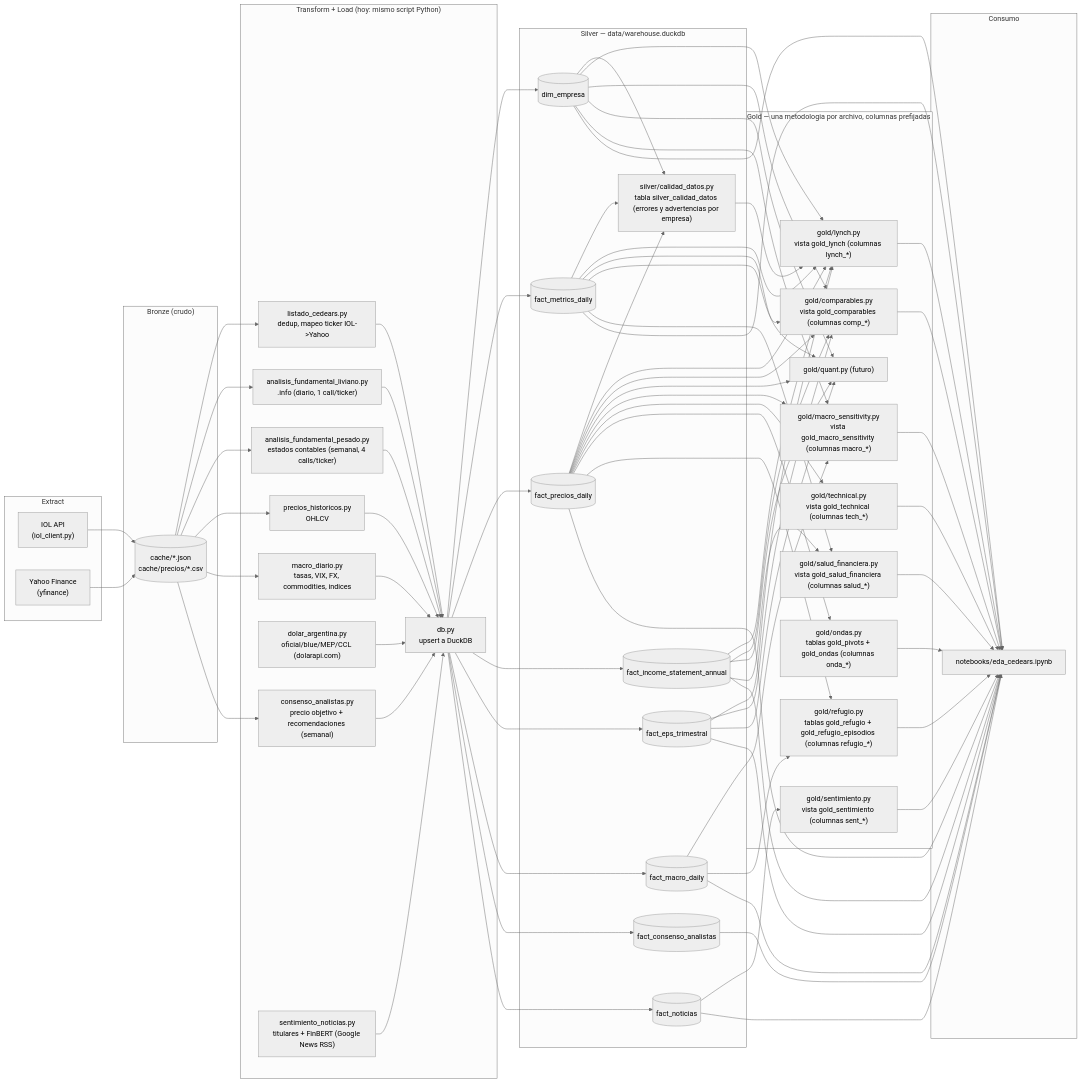
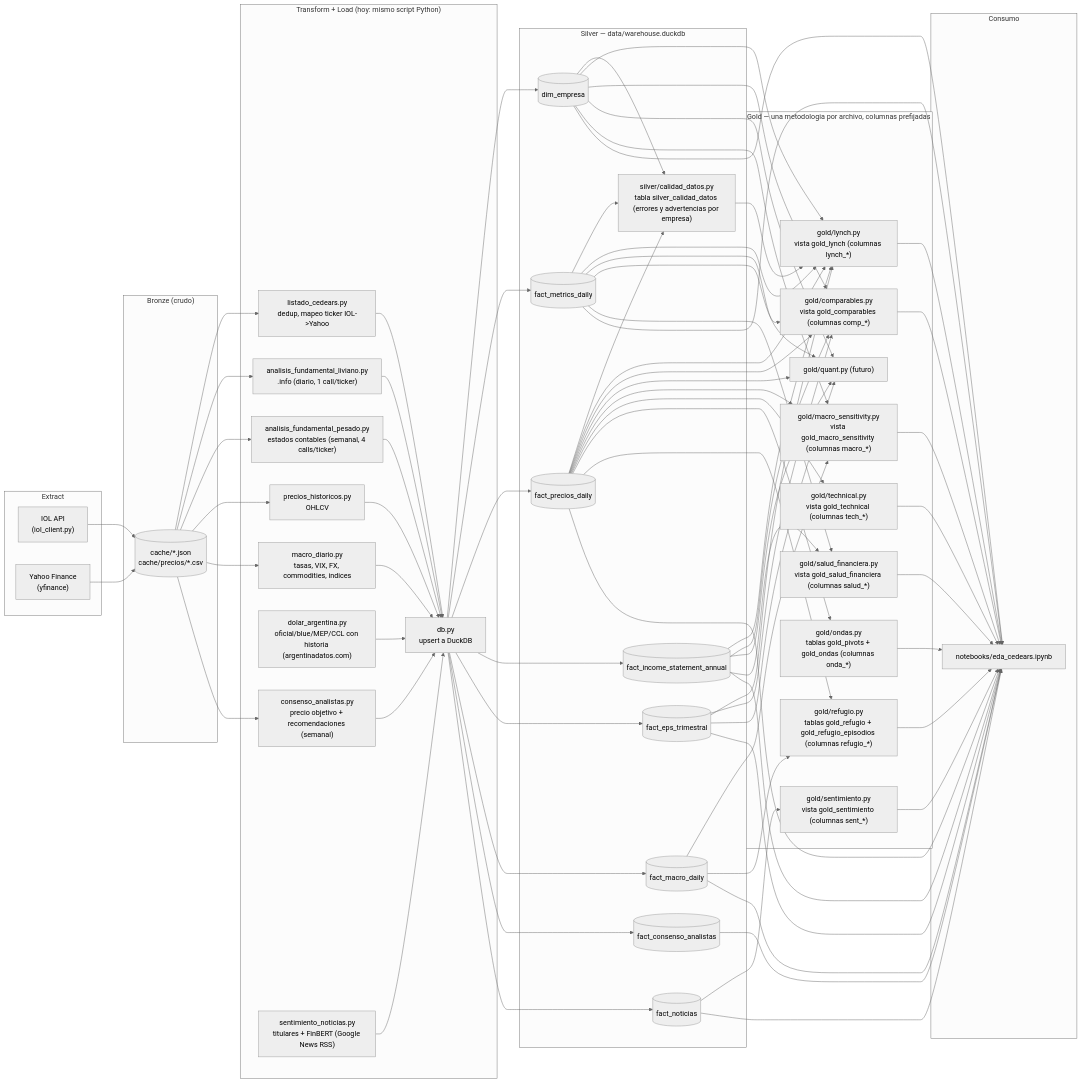
The diagram in README.md (esfer98/cedears-data-pipeline), drawn with Mermaid (neutral theme) before and after one commit. The commit also changed other lines of this file and 2 other files, not shown here.

First line of the commit message:
Dolar argentino con historia completa (argentinadatos.com)

````diff
--- a/README.md
+++ b/README.md
@@ -28,81 +28,81 @@
 ```mermaid
 flowchart LR
     subgraph Extract
         IOL["IOL API<br/>(iol_client.py)"]
         YF["Yahoo Finance<br/>(yfinance)"]
     end
 
     subgraph Bronze["Bronze (crudo)"]
         cache[("cache/*.json<br/>cache/precios/*.csv")]
     end
 
     subgraph Transform_Load["Transform + Load (hoy: mismo script Python)"]
         listado["listado_cedears.py<br/>dedup, mapeo ticker IOL->Yahoo"]
         liviano["analisis_fundamental_liviano.py<br/>.info (diario, 1 call/ticker)"]
         pesado["analisis_fundamental_pesado.py<br/>estados contables (semanal, 4 calls/ticker)"]
         precios["precios_historicos.py<br/>OHLCV"]
         macro["macro_diario.py<br/>tasas, VIX, FX, commodities, indices"]
-        dolar["dolar_argentina.py<br/>oficial/blue/MEP/CCL (dolarapi.com)"]
+        dolar["dolar_argentina.py<br/>oficial/blue/MEP/CCL con historia (argentinadatos.com)"]
         consenso["consenso_analistas.py<br/>precio objetivo + recomendaciones (semanal)"]
         noticias["sentimiento_noticias.py<br/>titulares + FinBERT (Google News RSS)"]
         db["db.py<br/>upsert a DuckDB"]
     end
 
     subgraph Silver["Silver — data/warehouse.duckdb"]
         dim[("dim_empresa")]
         fm[("fact_metrics_daily")]
         fp[("fact_precios_daily")]
         fi[("fact_income_statement_annual")]
         fe[("fact_eps_trimestral")]
         fma[("fact_macro_daily")]
         fca[("fact_consenso_analistas")]
         fn[("fact_noticias")]
         cal["silver/calidad_datos.py<br/>tabla silver_calidad_datos (errores y advertencias por empresa)"]
     end
 
     subgraph Gold["Gold — una metodologia por archivo, columnas prefijadas"]
         lynch["gold/lynch.py<br/>vista gold_lynch (columnas lynch_*)"]
         comp["gold/comparables.py<br/>vista gold_comparables (columnas comp_*)"]
         macrosens["gold/macro_sensitivity.py<br/>vista gold_macro_sensitivity (columnas macro_*)"]
         tech["gold/technical.py<br/>vista gold_technical (columnas tech_*)"]
         ondas["gold/ondas.py<br/>tablas gold_pivots + gold_ondas (columnas onda_*)"]
         refugio["gold/refugio.py<br/>tablas gold_refugio + gold_refugio_episodios (columnas refugio_*)"]
         salud["gold/salud_financiera.py<br/>vista gold_salud_financiera (columnas salud_*)"]
         sent["gold/sentimiento.py<br/>vista gold_sentimiento (columnas sent_*)"]
         quant["gold/quant.py (futuro)"]
     end
 
     subgraph Consumo
         nb["notebooks/eda_cedears.ipynb"]
     end
 
     IOL --> cache
     YF --> cache
     cache --> listado --> db
     cache --> liviano --> db
     cache --> pesado --> db
     cache --> precios --> db
     cache --> macro --> db
     cache --> consenso --> db
     noticias --> db
     dolar --> db
     db --> dim & fm & fp & fi & fe & fma & fca & fn
     dim & fm & fp --> cal
     cal --> lynch
     dim & fm & fp & fi & fe --> lynch & comp & quant
     dim & fp & fma --> macrosens
     fp --> tech
     fp --> ondas
     fp & fma --> refugio
     fm & fi --> salud
     fn --> sent
     dim & fm & fp & fi & fe & fma & fca & fn --> nb
     lynch --> nb
     comp --> nb
     macrosens --> nb
     tech --> nb
     ondas --> nb
     refugio --> nb
     salud --> nb
     sent --> nb
 ```
````
